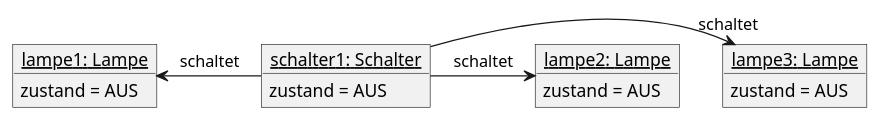
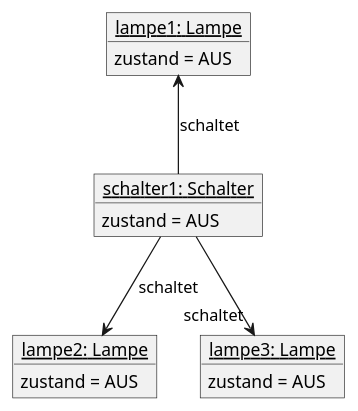
Before and after one commit to andrebauer/unterricht: the first of 5 diagrams in docs/anwendungsentwicklung/objektorientierte-analyse-und-modellierung/information-objektorientierte-modellierung.adoc, drawn with PlantUML. The commit also changed other lines of this file and 72 other files, not shown here.

```diff
--- a/docs/anwendungsentwicklung/objektorientierte-analyse-und-modellierung/information-objektorientierte-modellierung.adoc
+++ b/docs/anwendungsentwicklung/objektorientierte-analyse-und-modellierung/information-objektorientierte-modellierung.adoc
@@ -44,24 +39,24 @@
 [plantuml, {prefix}-objektdiagramm-schalter-drei-lampen-1, svg]
 ....
 object "<u>schalter1: Schalter</u>" as schalter1 {
   zustand = AUS
 } 
 
 object "<u>lampe1: Lampe</u>" as lampe1 {
   zustand = AUS
 } 
 
 object "<u>lampe2: Lampe</u>" as lampe2 {
   zustand = AUS
 } 
 
 object "<u>lampe3: Lampe</u>" as lampe3 {
   zustand = AUS
 }
 
-lampe1 <- schalter1 : schaltet
+lampe1 <-down- schalter1 : schaltet
 
-schalter1 -> "     schaltet" lampe3
+schalter1 -down-> "schaltet" lampe3
 
-schalter1 -> lampe2 : schaltet
+schalter1 -down-> lampe2 : schaltet
 ....
```
